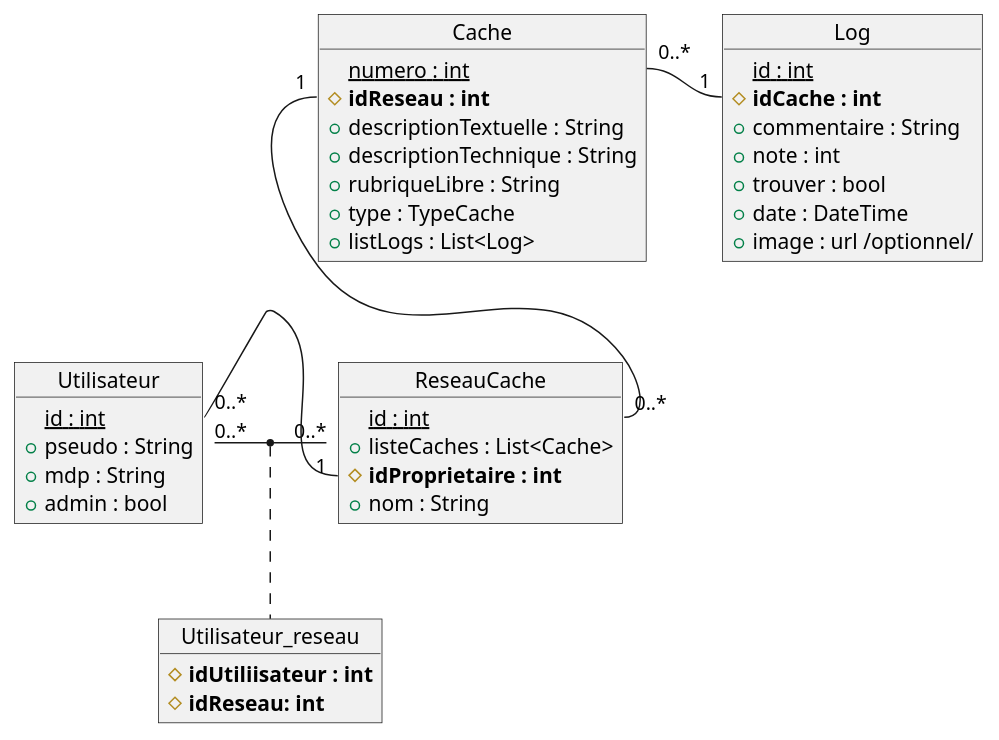
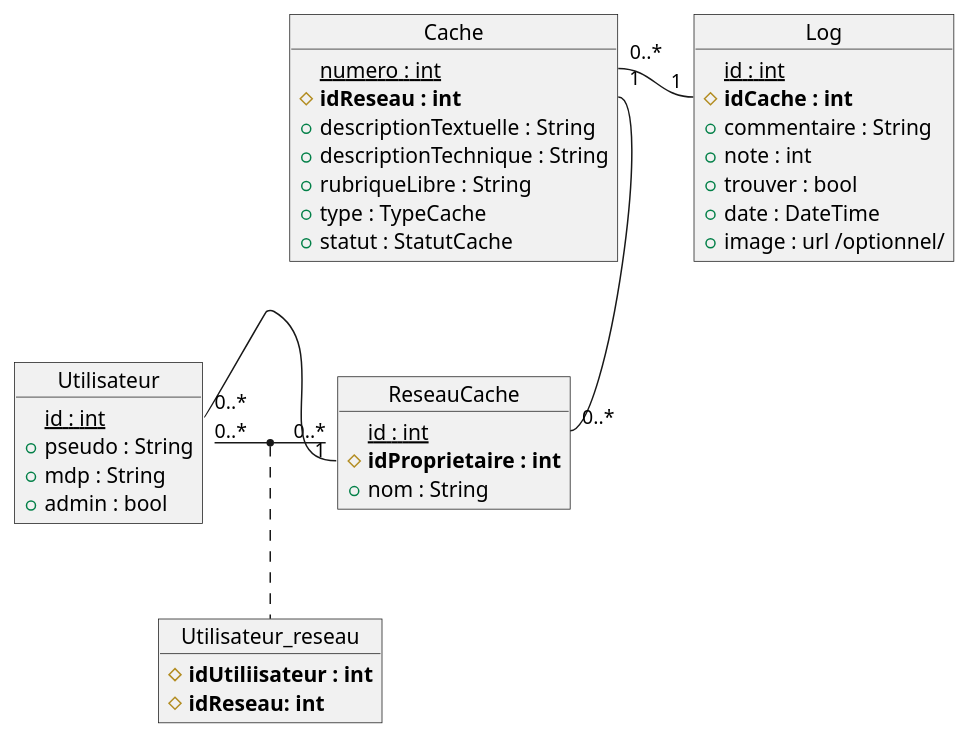
The diagram in conception/UML/MPD.puml (Thomas-Duthoit/ge-OO-cache), drawn with PlantUML before and after one commit.

Commit message:
Refactor attributes in MPD.puml

```diff
--- a/conception/UML/MPD.puml
+++ b/conception/UML/MPD.puml
@@ -1,50 +1,49 @@
 @startuml
 
 object Utilisateur{
   {static} id : int
   + pseudo : String 
   + mdp : String
   + admin : bool
 }
 
 object ReseauCache{
   {static} id : int
-  + listeCaches : List<Cache>
   # <b>idProprietaire : int</b>
   + nom : String
 }
 
 object Utilisateur_reseau{
   # <b>idUtiliisateur : int</b>
   # <b>idReseau: int</b>
 }
 
 object Cache{
   {static} numero : int
   # <b>idReseau : int</b>
   + descriptionTextuelle : String
   + descriptionTechnique : String 
   + rubriqueLibre : String
   + type : TypeCache
-  + listLogs : List<Log>
+  + statut : StatutCache
 }
 
 object Log{
   {static} id : int
   # <b>idCache : int</b>
   + commentaire : String
   + note : int
   + trouver : bool
   + date : DateTime
   + image : url /optionnel/
 }
 
 Utilisateur "0..*" - "0..*" ReseauCache 
 (Utilisateur, ReseauCache) . Utilisateur_reseau
 
 Cache::idReseau "1" -- "0..*" ReseauCache::id 
 
 Cache::numero "0..*" - "1" Log::idCache
 Utilisateur::id "0..*" - "1" ReseauCache::idProprietaire
 
 @enduml
```
